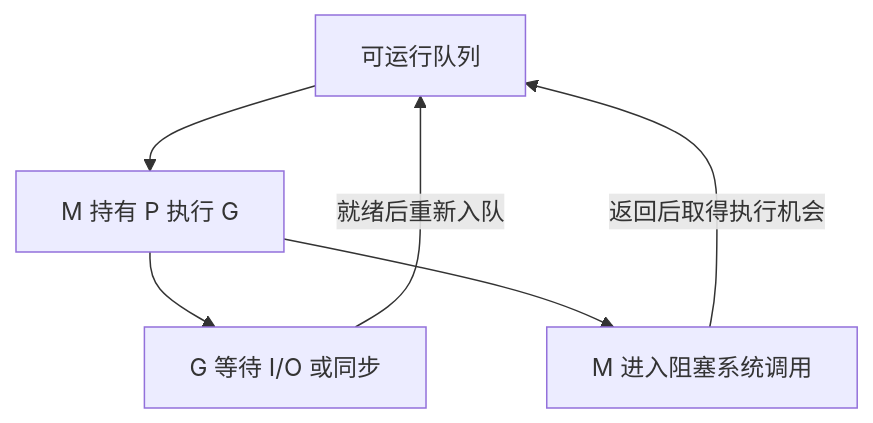
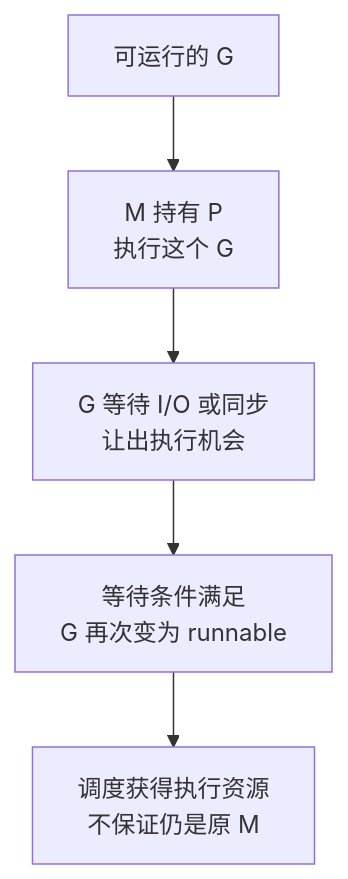
One commit to newswitch/newswitch.github.io changed the first of 2 diagrams in docs/development/go/05-runtime/01-GMP调度Netpoll与系统调用.md. Above: the diagram before and after it, drawn with Mermaid. The commit also changed other lines of this file and 23 other files, not shown here.

Commit message:
docs(go-gin): add concept diagrams and improve mobile readability

````diff
--- a/docs/development/go/05-runtime/01-GMP调度Netpoll与系统调用.md
+++ b/docs/development/go/05-runtime/01-GMP调度Netpoll与系统调用.md
@@ -31,8 +33,7 @@
 ```mermaid
 flowchart TB
-    Q["可运行队列"] --> R["M 持有 P 执行 G"]
-    R --> W["G 等待 I/O 或同步"]
-    W -->|"就绪后重新入队"| Q
-    R --> S["M 进入阻塞系统调用"]
-    S -->|"返回后取得执行机会"| Q
+    Q["可运行的 G"] --> R["M 持有 P<br/>执行这个 G"]
+    R --> W["G 等待 I/O 或同步<br/>让出执行机会"]
+    W --> E["等待条件满足<br/>G 再次变为 runnable"]
+    E --> N["调度获得执行资源<br/>不保证仍是原 M"]
 ```
````
